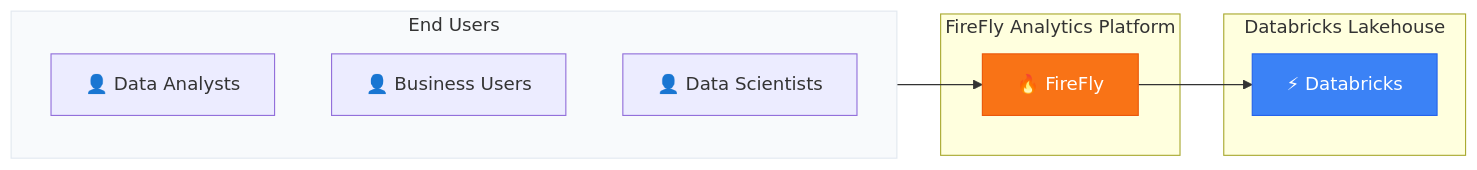
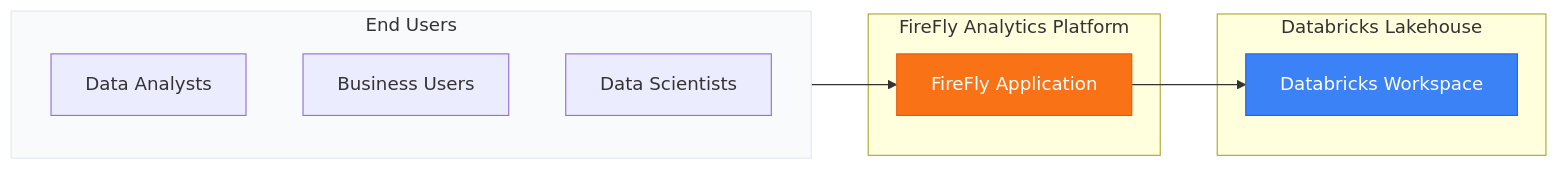
One commit to databrickslabs/firefly changed the diagram in public/architecture/overview/00-10k-foot-view.mermaid. Above: the diagram before and after it, drawn with Mermaid. The commit also changed 9 other files, not shown here.

```diff
--- a/public/architecture/overview/00-10k-foot-view.mermaid
+++ b/public/architecture/overview/00-10k-foot-view.mermaid
@@ -1,21 +1,21 @@
 flowchart LR
     subgraph Users["End Users"]
-        U1["👤 Data Analysts"]
-        U2["👤 Business Users"]
-        U3["👤 Data Scientists"]
+        U1["Data Analysts"]
+        U2["Business Users"]
+        U3["Data Scientists"]
     end
 
     subgraph FireFly["FireFly Analytics Platform"]
-        FF["🔥 FireFly"]
+        FF["FireFly Application"]
     end
 
     subgraph Databricks["Databricks Lakehouse"]
-        DB["⚡ Databricks"]
+        DB["Databricks Workspace"]
     end
 
     Users --> FF
     FF --> DB
 
     style FF fill:#f97316,stroke:#ea580c,color:#fff
     style DB fill:#3b82f6,stroke:#2563eb,color:#fff
     style Users fill:#f8fafc,stroke:#e2e8f0
```
